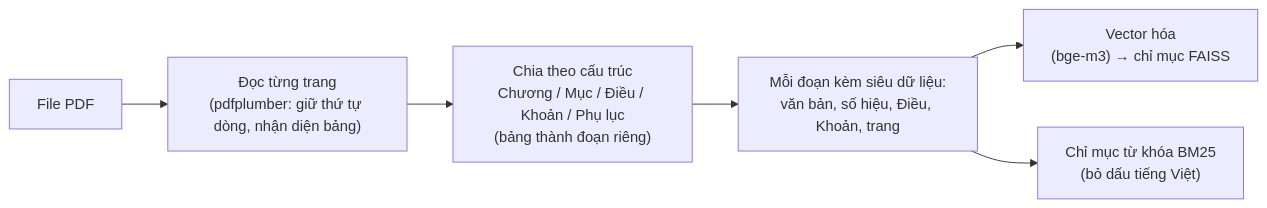
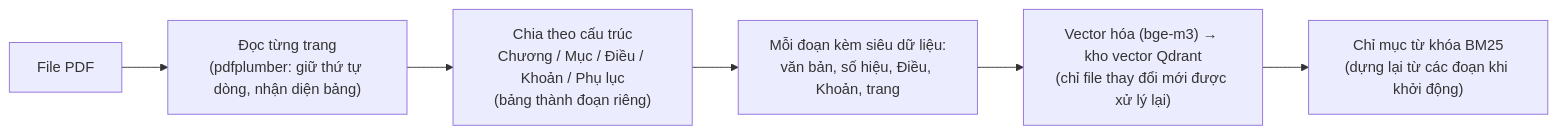
The first of 2 diagrams in README.md (ngocluong0101/ChatBot), drawn with Mermaid before and after one commit. The commit also changed other lines of this file and 20 other files, not shown here.

First line of the commit message:
Chuyển kho vector sang Qdrant, cập nhật chỉ mục từng file

````diff
--- a/README.md
+++ b/README.md
@@ -54,8 +54,8 @@
 ```mermaid
 flowchart LR
     PDF[File PDF] --> RD["Đọc từng trang<br/>(pdfplumber: giữ thứ tự dòng, nhận diện bảng)"]
     RD --> CH["Chia theo cấu trúc<br/>Chương / Mục / Điều / Khoản / Phụ lục<br/>(bảng thành đoạn riêng)"]
     CH --> M["Mỗi đoạn kèm siêu dữ liệu:<br/>văn bản, số hiệu, Điều, Khoản, trang"]
-    M --> E["Vector hóa<br/>(bge-m3) → chỉ mục FAISS"]
-    M --> B["Chỉ mục từ khóa BM25<br/>(bỏ dấu tiếng Việt)"]
+    M --> E["Vector hóa (bge-m3) → kho vector Qdrant<br/>(chỉ file thay đổi mới được xử lý lại)"]
+    E --> B["Chỉ mục từ khóa BM25<br/>(dựng lại từ các đoạn khi khởi động)"]
 ```
````
